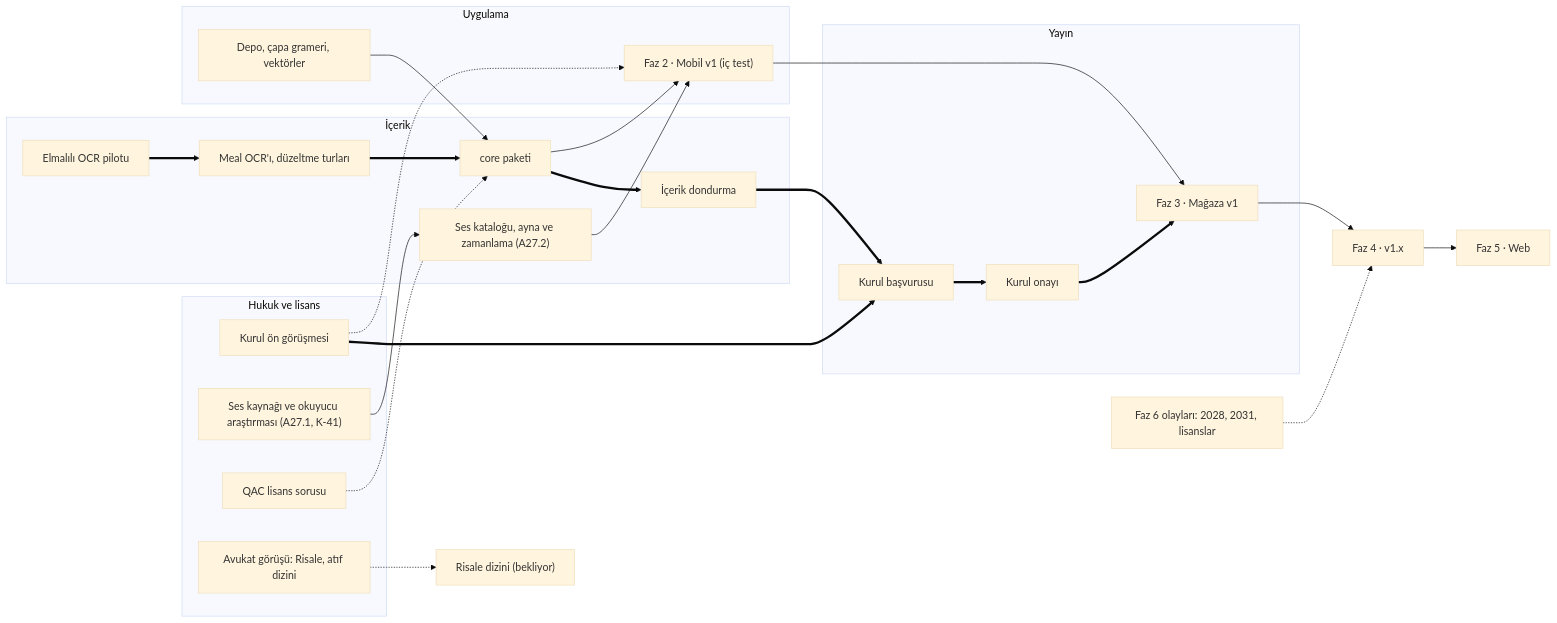
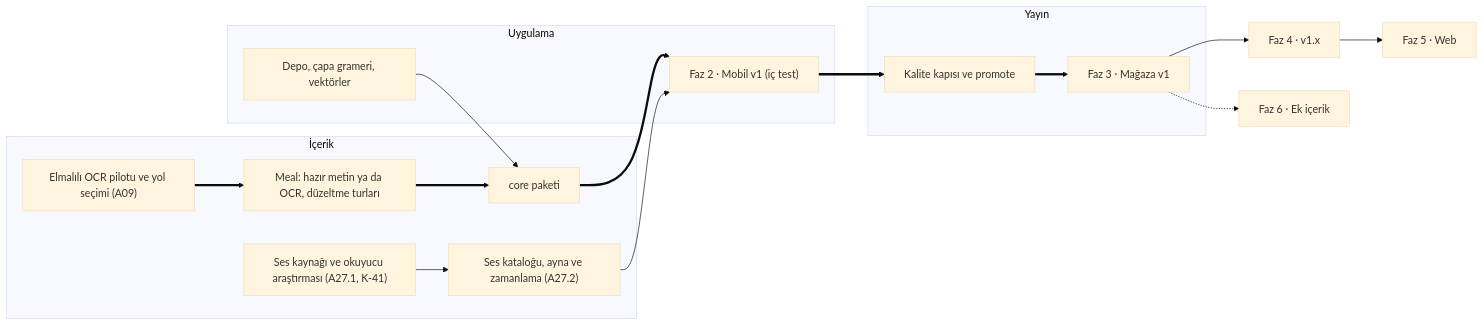
One commit to karasaid379-hue/mutalaa changed the diagram in docs/08-yol-haritasi/01-fazlar.md. Above: the diagram before and after it, drawn with Mermaid (base theme). The commit also changed other lines of this file and 39 other files, not shown here.

````diff
--- a/docs/08-yol-haritasi/01-fazlar.md
+++ b/docs/08-yol-haritasi/01-fazlar.md
@@ -26,35 +26,23 @@
 ```mermaid
 flowchart LR
-  subgraph H["Hukuk ve lisans"]
-    K0["Kurul ön görüşmesi"]
+  subgraph I["İçerik"]
+    OCR["Elmalılı OCR pilotu ve yol seçimi (A09)"]
+    TR["Meal: hazır metin ya da OCR, düzeltme turları"]
+    CORE["core paketi"]
     SESK["Ses kaynağı ve okuyucu araştırması (A27.1, K-41)"]
-    QAC["QAC lisans sorusu"]
-    AV["Avukat görüşü: Risale, atıf dizini"]
-  end
-  subgraph I["İçerik"]
-    OCR["Elmalılı OCR pilotu"]
-    TR["Meal OCR'ı, düzeltme turları"]
-    CORE["core paketi"]
-    DON["İçerik dondurma"]
     SES["Ses kataloğu, ayna ve zamanlama (A27.2)"]
   end
   subgraph U["Uygulama"]
     F0["Depo, çapa grameri, vektörler"]
     F2["Faz 2 · Mobil v1 (iç test)"]
   end
   subgraph Y["Yayın"]
-    BAS["Kurul başvurusu"]
-    ONAY["Kurul onayı"]
+    KK["Kalite kapısı ve promote"]
     F3["Faz 3 · Mağaza v1"]
   end
-  K0 ==> BAS
-  OCR ==> TR ==> CORE ==> DON ==> BAS ==> ONAY ==> F3
+  OCR ==> TR ==> CORE ==> F2 ==> KK ==> F3
   SESK --> SES --> F2
   F0 --> CORE
-  K0 -.-> F2
-  CORE --> F2 --> F3
-  QAC -.-> CORE
-  AV -.-> RIS["Risale dizini (bekliyor)"]
   F3 --> F4["Faz 4 · v1.x"] --> F5["Faz 5 · Web"]
-  T["Faz 6 olayları: 2028, 2031, lisanslar"] -.-> F4
+  F3 -.-> F6["Faz 6 · Ek içerik"]
 ```
````
